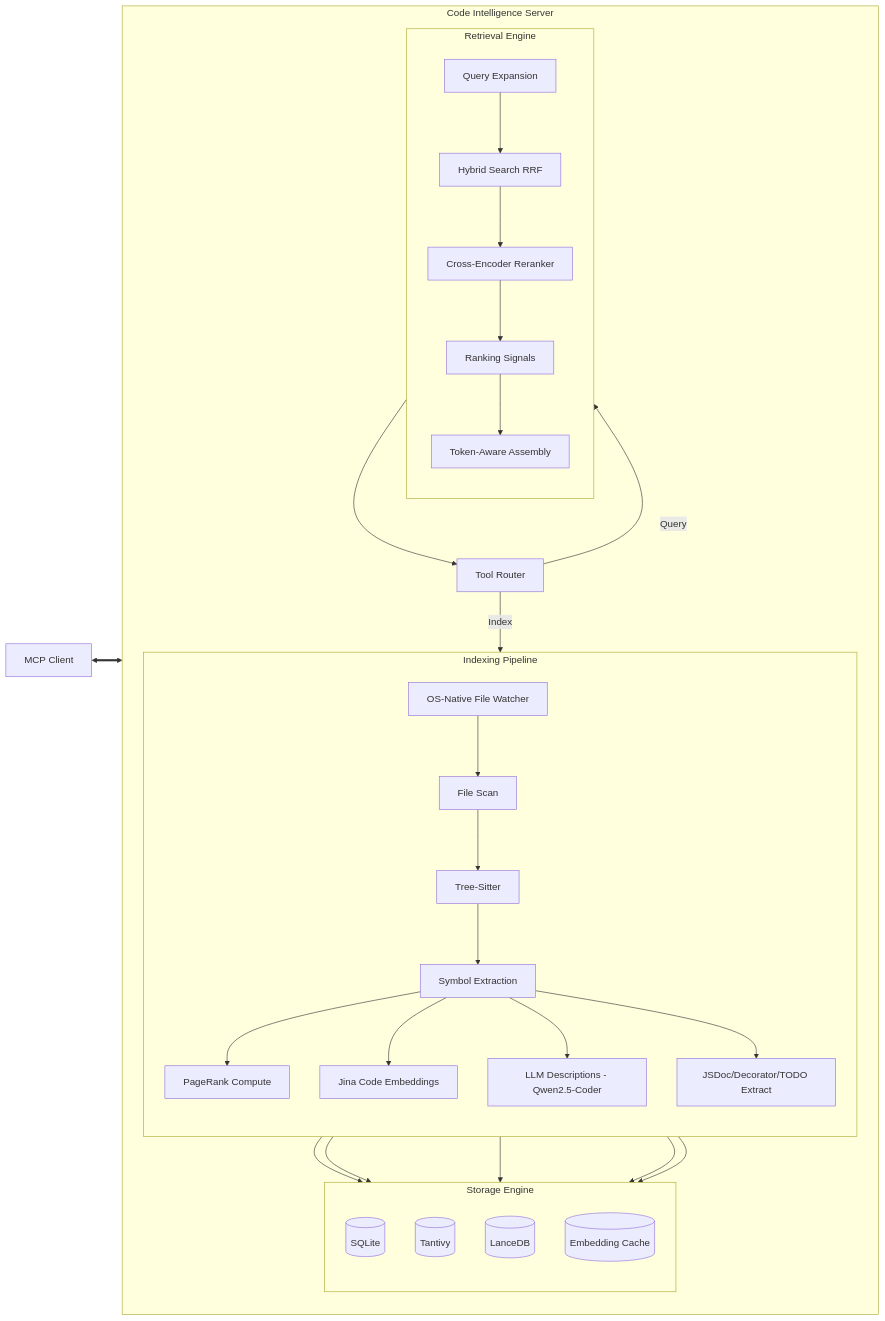
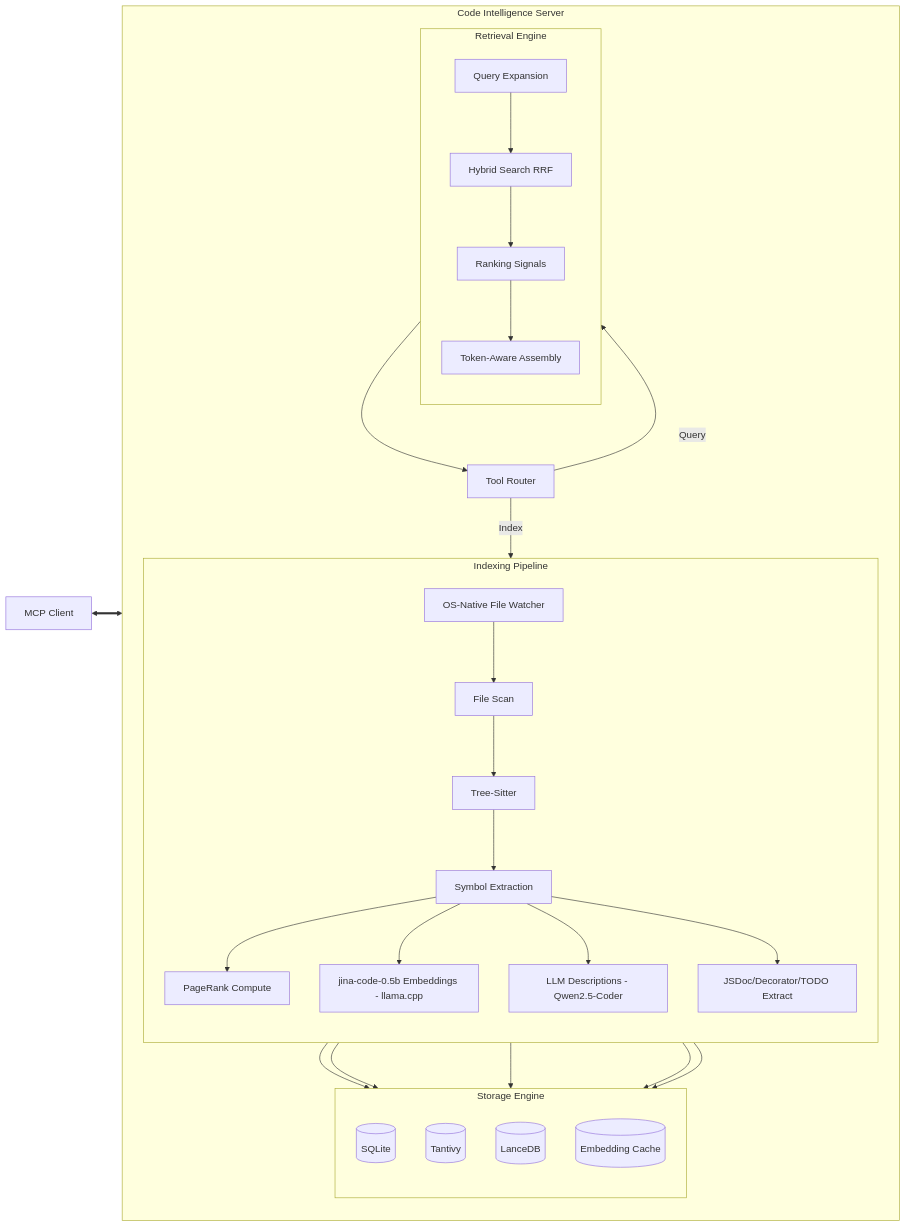
Before and after one commit to iceinvein/code_intelligence_mcp_server: the second of 2 diagrams in README.md, drawn with Mermaid. The commit also changed other lines of this file and 7 other files, not shown here.

First line of the commit message:
docs: update documentation for llama.cpp embedding migration

````diff
--- a/README.md
+++ b/README.md
@@ -383,52 +377,50 @@
 ```mermaid
 flowchart LR
   Client[MCP Client] <==> Tools
 
   subgraph Server [Code Intelligence Server]
     direction TB
     Tools[Tool Router]
 
     subgraph Indexer [Indexing Pipeline]
       direction TB
       Watch[OS-Native File Watcher] --> Scan[File Scan]
       Scan --> Parse[Tree-Sitter]
       Parse --> Extract[Symbol Extraction]
       Extract --> PageRank[PageRank Compute]
-      Extract --> Embed[Jina Code Embeddings]
+      Extract --> Embed[jina-code-0.5b Embeddings - llama.cpp]
       Extract --> LLMDesc[LLM Descriptions - Qwen2.5-Coder]
       Extract --> JSDoc[JSDoc/Decorator/TODO Extract]
     end
 
     subgraph Storage [Storage Engine]
       direction TB
       SQLite[(SQLite)]
       Tantivy[(Tantivy)]
       Lance[(LanceDB)]
       Cache[(Embedding Cache)]
     end
 
     subgraph Retrieval [Retrieval Engine]
       direction TB
       QueryExpand[Query Expansion]
       Hybrid[Hybrid Search RRF]
-      Rerank[Cross-Encoder Reranker]
       Signals[Ranking Signals]
       Context[Token-Aware Assembly]
     end
 
     %% Data Flow
     Tools -- Index --> Watch
     PageRank --> SQLite
     Embed --> Lance
     Embed --> Cache
     LLMDesc --> SQLite
     JSDoc --> SQLite
 
     Tools -- Query --> QueryExpand
     QueryExpand --> Hybrid
-    Hybrid --> Rerank
-    Rerank --> Signals
+    Hybrid --> Signals
     Signals --> Context
     Context --> Tools
   end
 ```
````
